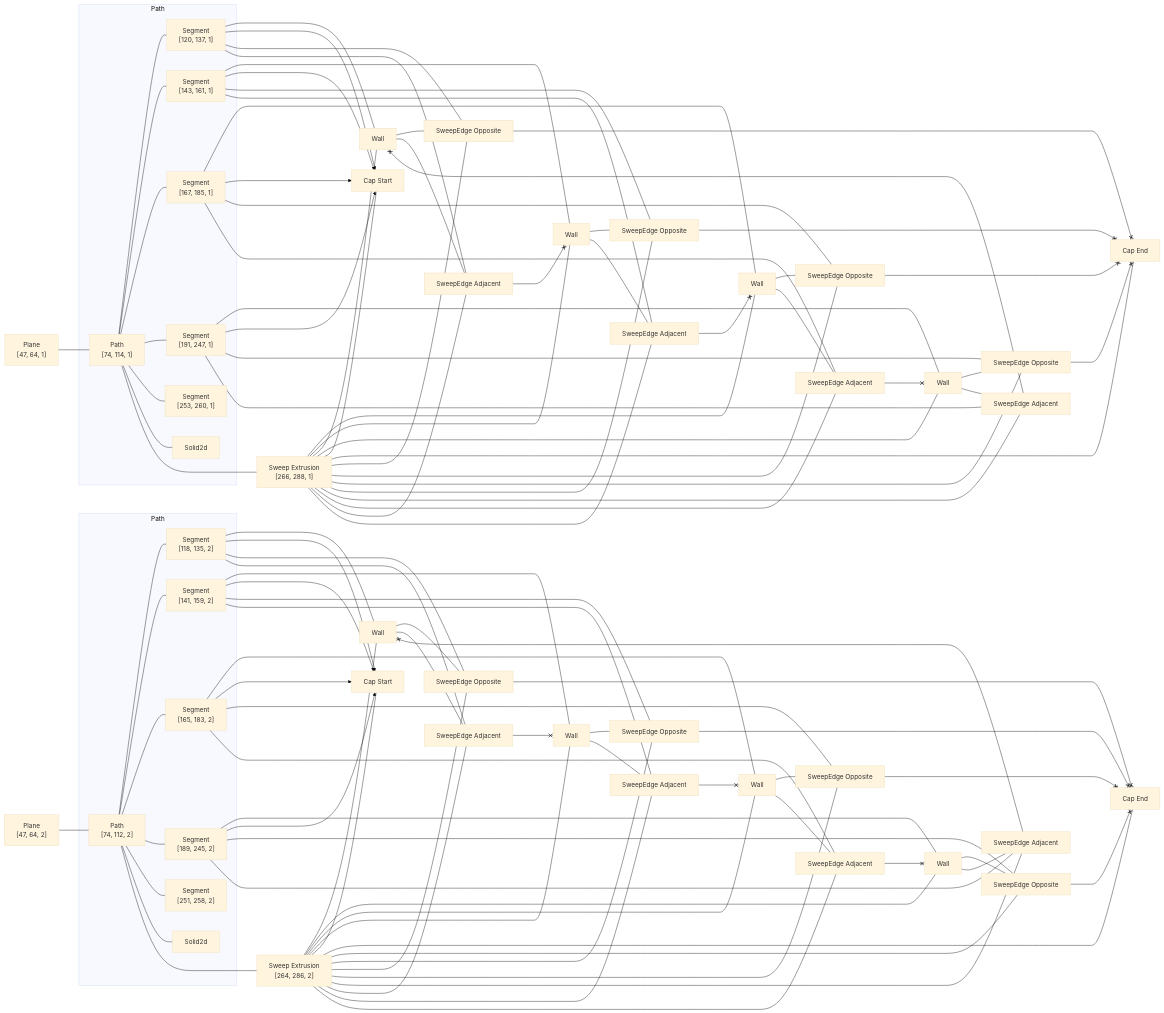
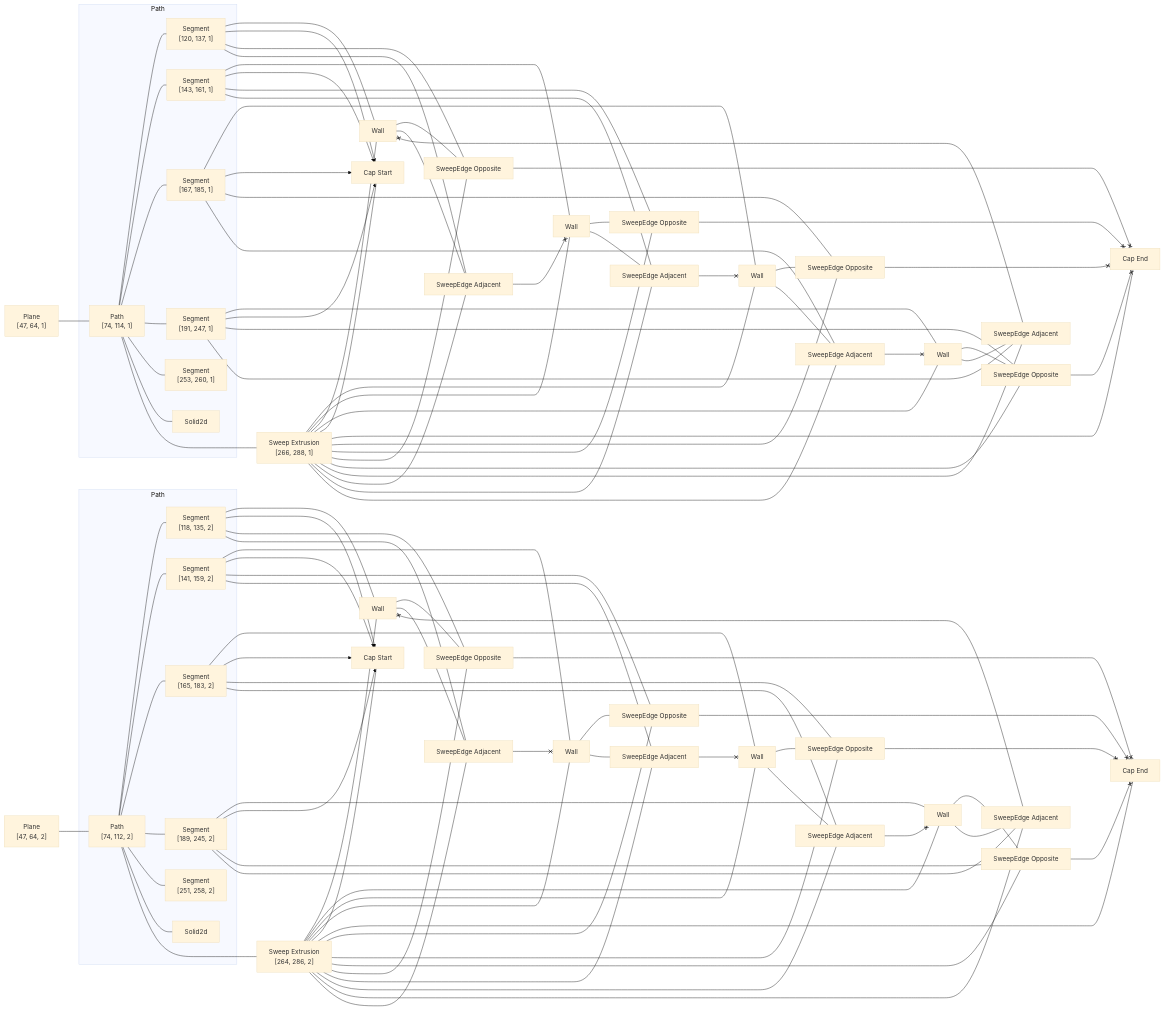
One commit to rajgandhi1/modeling-app changed the diagram in rust/kcl-lib/tests/assembly_mixed_units_cubes/artifact_graph_flowchart.snap.md. Above: the diagram before and after it, drawn with Mermaid (base theme). The commit also changed 110 other files, not shown here.

```diff
--- a/rust/kcl-lib/tests/assembly_mixed_units_cubes/artifact_graph_flowchart.snap.md
+++ b/rust/kcl-lib/tests/assembly_mixed_units_cubes/artifact_graph_flowchart.snap.md
@@ -68,36 +68,36 @@
   4 ---- 18
   5 --- 25
   5 x--> 28
-  5 --- 35
-  5 --- 45
+  5 --- 37
+  5 --- 44
   6 --- 24
   6 x--> 28
-  6 --- 38
-  6 --- 46
+  6 --- 36
+  6 --- 45
   7 --- 23
   7 x--> 28
-  7 --- 36
-  7 --- 44
+  7 --- 35
+  7 --- 46
   8 --- 26
   8 x--> 28
-  8 --- 37
+  8 --- 38
   8 --- 43
   10 --- 19
   10 x--> 27
-  10 --- 33
-  10 --- 40
+  10 --- 34
+  10 --- 42
   11 --- 22
   11 x--> 27
-  11 --- 32
-  11 --- 41
+  11 --- 31
+  11 --- 39
   12 --- 21
   12 x--> 27
-  12 --- 34
-  12 --- 42
+  12 --- 32
+  12 --- 40
   13 --- 20
   13 x--> 27
-  13 --- 31
-  13 --- 39
+  13 --- 33
+  13 --- 41
   17 --- 23
   17 --- 24
   17 --- 25
@@ -126,30 +126,30 @@
   18 --- 40
   18 --- 41
   18 --- 42
-  19 --- 33
-  39 <--x 19
-  19 --- 40
-  20 --- 31
-  20 --- 39
-  42 <--x 20
-  21 --- 34
-  41 <--x 21
-  21 --- 42
-  22 --- 32
-  40 <--x 22
-  22 --- 41
-  23 --- 36
-  23 --- 44
-  46 <--x 23
-  24 --- 38
-  45 <--x 24
-  24 --- 46
-  25 --- 35
+  19 --- 34
+  41 <--x 19
+  19 --- 42
+  20 --- 33
+  40 <--x 20
+  20 --- 41
+  21 --- 32
+  39 <--x 21
+  21 --- 40
+  22 --- 31
+  22 --- 39
+  42 <--x 22
+  23 --- 35
+  45 <--x 23
+  23 --- 46
+  24 --- 36
+  44 <--x 24
+  24 --- 45
+  25 --- 37
   43 <--x 25
-  25 --- 45
-  26 --- 37
+  25 --- 44
+  26 --- 38
   26 --- 43
-  44 <--x 26
+  46 <--x 26
   31 <--x 29
   32 <--x 29
   33 <--x 29
```
